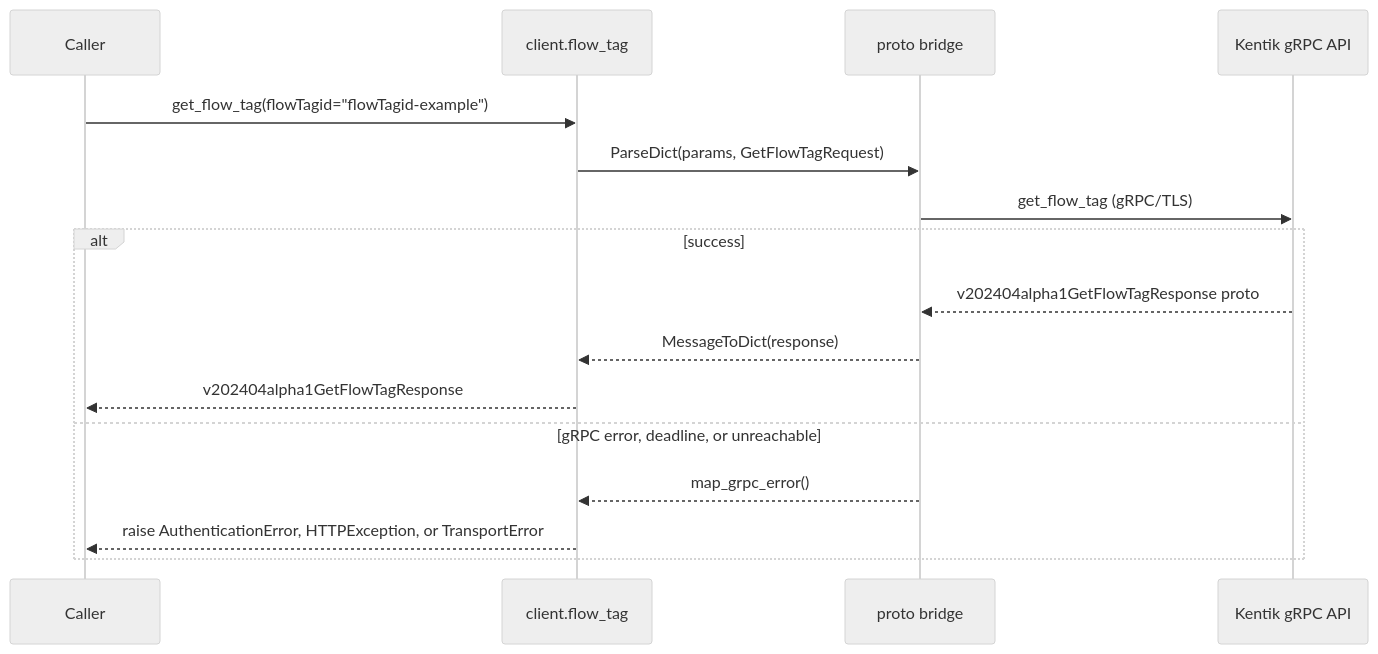
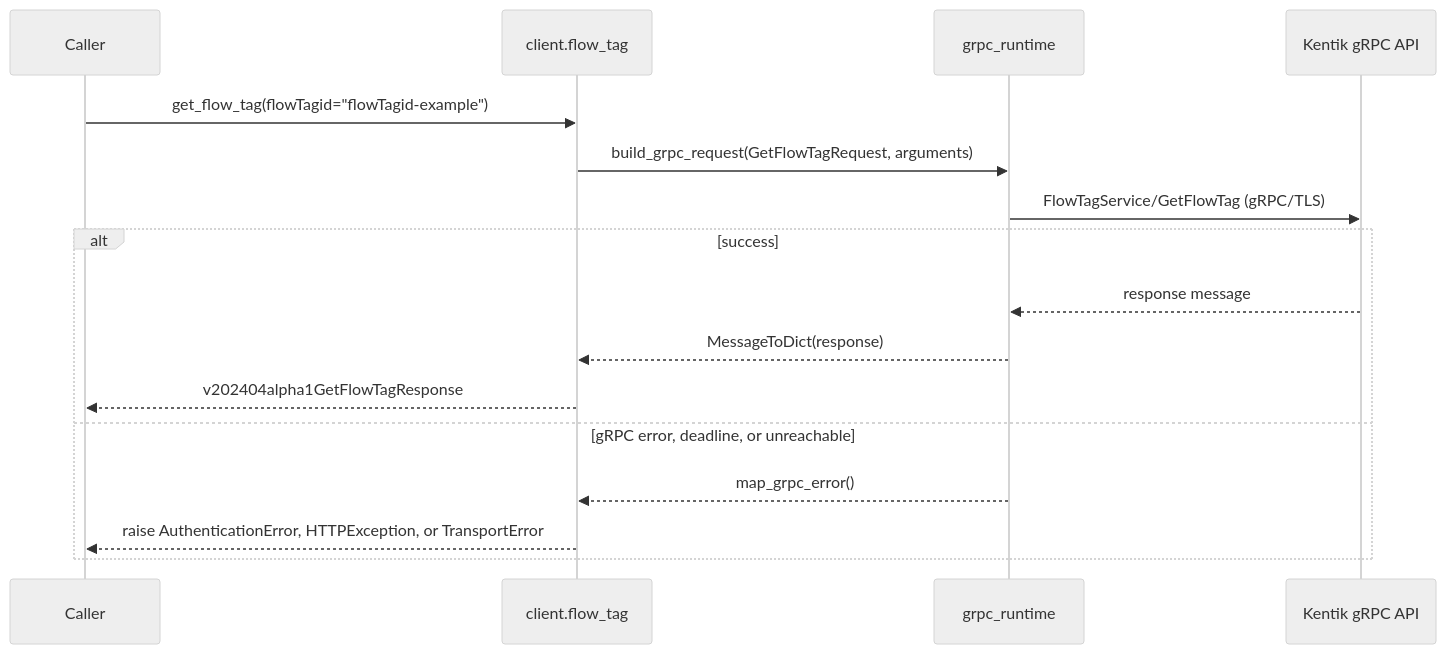
The seventh of 12 diagrams in docs/sphinx/services/flow_tag.md (alexdearaujo/community_sdk_python), drawn with Mermaid (neutral theme) before and after one commit. The commit also changed other lines of this file and 37 other files, not shown here.

First line of the commit message:
docs: show the real RPC in each service page's gRPC diagram

````diff
--- a/docs/sphinx/services/flow_tag.md
+++ b/docs/sphinx/services/flow_tag.md
@@ -213,19 +213,19 @@
 ```mermaid
 sequenceDiagram
     participant C as Caller
     participant W as client.flow_tag
-    participant B as proto bridge
+    participant R as grpc_runtime
     participant API as Kentik gRPC API
 
     C->>W: get_flow_tag(flowTagid="flowTagid-example")
-    W->>B: ParseDict(params, GetFlowTagRequest)
-    B->>API: get_flow_tag (gRPC/TLS)
+    W->>R: build_grpc_request(GetFlowTagRequest, arguments)
+    R->>API: FlowTagService/GetFlowTag (gRPC/TLS)
     alt success
-        API-->>B: v202404alpha1GetFlowTagResponse proto
-        B-->>W: MessageToDict(response)
+        API-->>R: response message
+        R-->>W: MessageToDict(response)
         W-->>C: v202404alpha1GetFlowTagResponse
     else gRPC error, deadline, or unreachable
-        B-->>W: map_grpc_error()
+        R-->>W: map_grpc_error()
         W-->>C: raise AuthenticationError, HTTPException, or TransportError
     end
 ```
````
